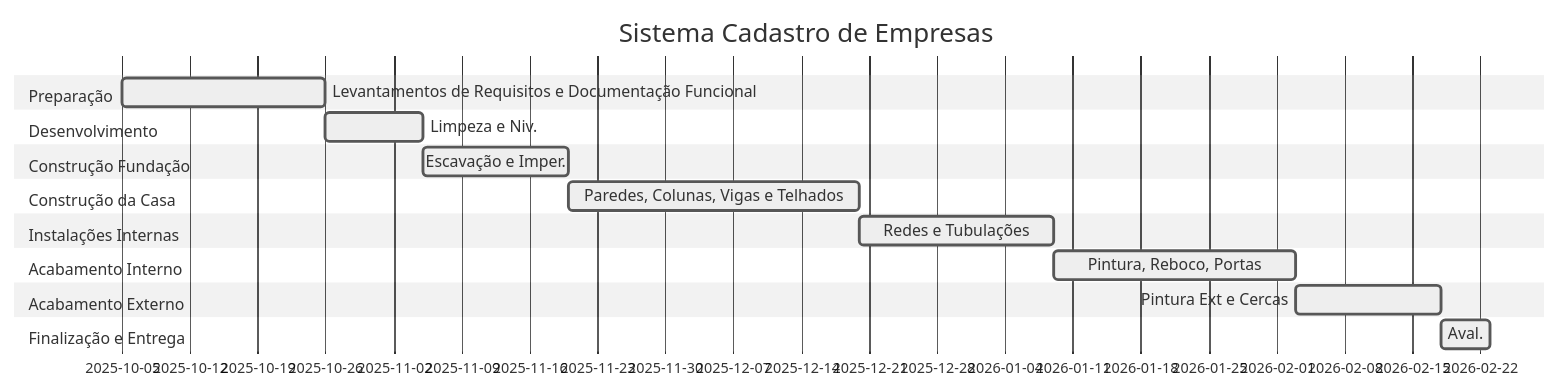
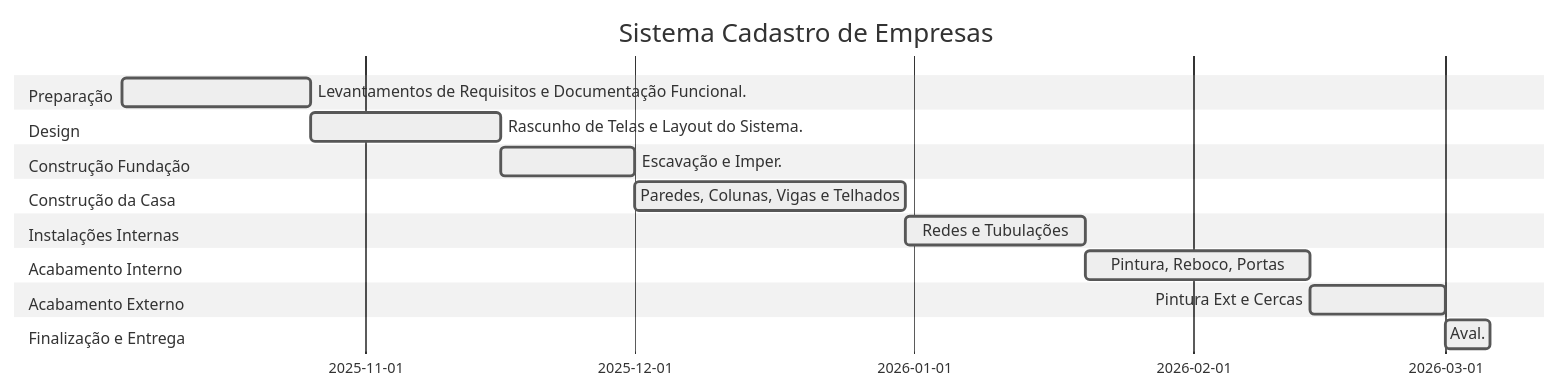
One commit to LucasBParada/modelos-gantt-crystal changed the diagram in README.md. Above: the diagram before and after it, drawn with Mermaid (neutral theme).

````diff
--- a/README.md
+++ b/README.md
@@ -1,29 +1,29 @@
 ```mermaid
 gantt
     title Sistema Cadastro de Empresas
     dateFormat YYYY-MM-DD
 
     section Preparação
-    Levantamentos de Requisitos e Documentação Funcional :active, a1, 2025-10-05, 21d
+    Levantamentos de Requisitos e Documentação Funcional. :active, a1, 2025-10-05, 21d
 
-    section Desenvolvimento
-    Limpeza e Niv. :active, a2, after a1, 10d
+    section Design
+    Rascunho de Telas e Layout do Sistema. :active, a2, after a1, 21d
 
     section Construção Fundação
     Escavação e Imper. :active, a3, after a2, 15d
 
     section Construção da Casa
     Paredes, Colunas, Vigas e Telhados :active, a4, after a3, 30d
 
     section Instalações Internas
     Redes e Tubulações :active, a5, after a4, 20d
 
     section Acabamento Interno
     Pintura, Reboco, Portas :active, a6, after a5, 25d
 
     section Acabamento Externo
     Pintura Ext e Cercas :active, a7, after a6, 15d
 
     section Finalização e Entrega
     Aval. :active, a8, after a7, 5d
 ```
````
